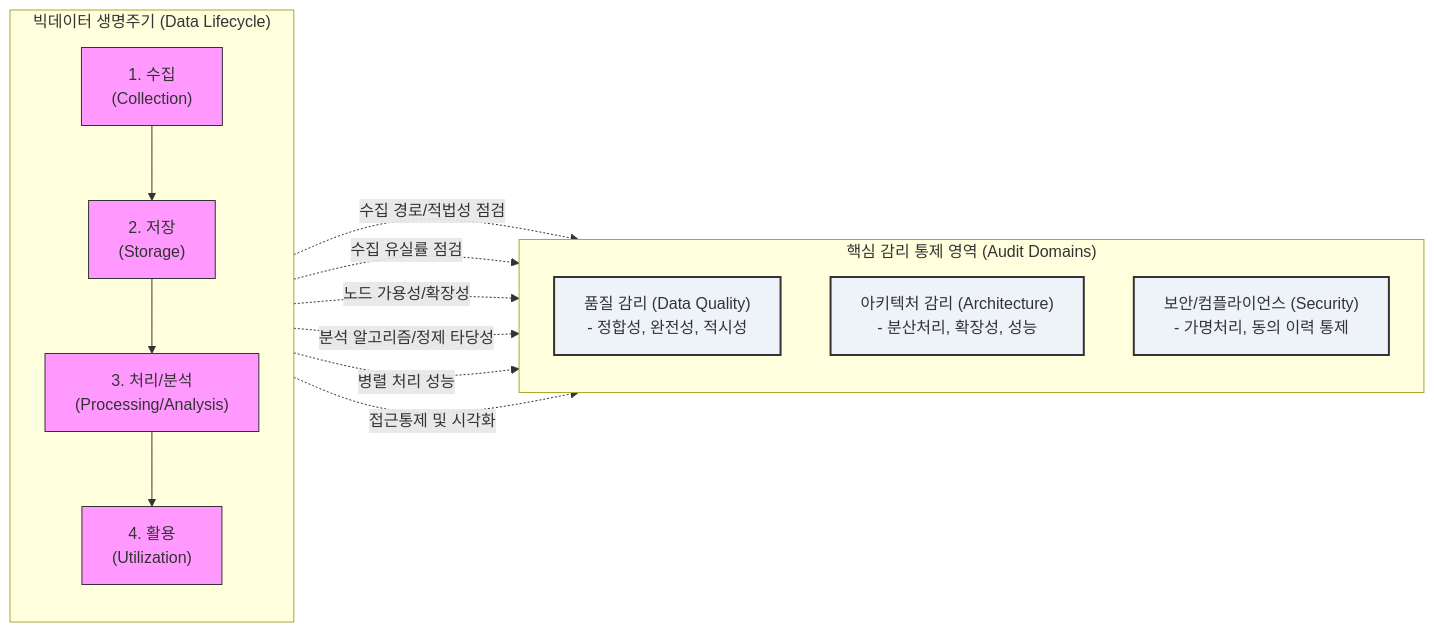
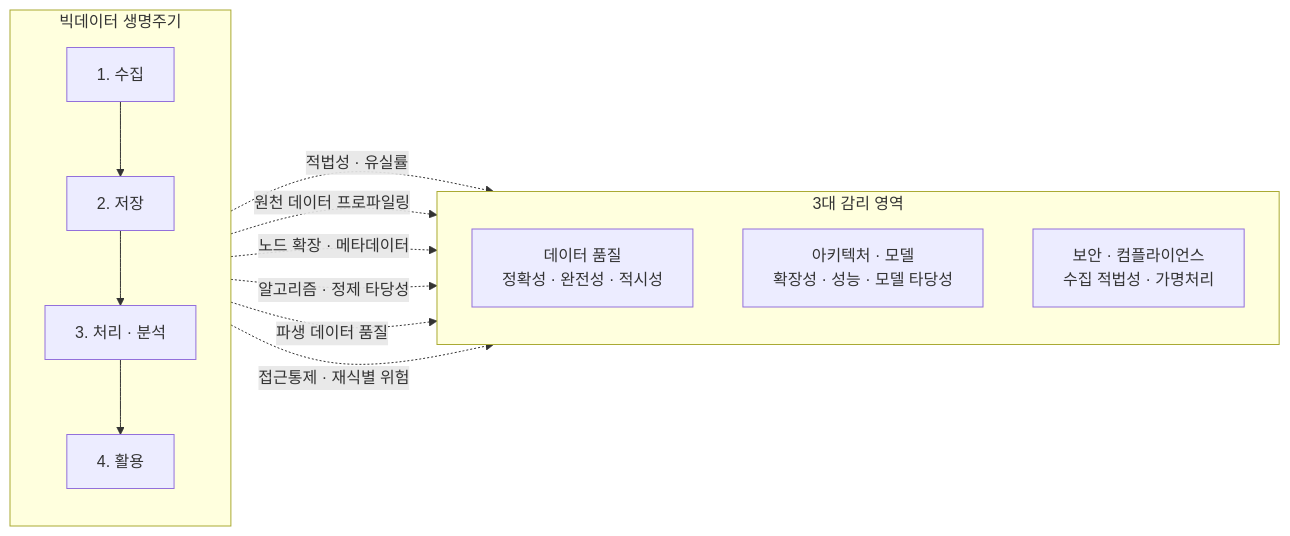
Before and after one commit to supremethumb/supremethumb.github.io: the diagram in content/01_IT Tech/빅데이터 감리.md, drawn with Mermaid. The commit also changed other lines of this file and 1087 other files, not shown here.

````diff
--- a/content/01_IT Tech/빅데이터 감리.md
+++ b/content/01_IT Tech/빅데이터 감리.md
@@ -27,32 +35,19 @@
 ```mermaid
 flowchart LR
-    subgraph "빅데이터 생명주기 (Data Lifecycle)"
+    subgraph LC["빅데이터 생명주기"]
         direction TB
-        C["1. 수집<br/>(Collection)"] --> S["2. 저장<br/>(Storage)"]
-        S --> P["3. 처리/분석<br/>(Processing/Analysis)"]
-        P --> U["4. 활용<br/>(Utilization)"]
+        C["1. 수집"] --> S["2. 저장"] --> P["3. 처리 · 분석"] --> U["4. 활용"]
     end
-
-    subgraph "핵심 감리 통제 영역 (Audit Domains)"
+    subgraph AD["3대 감리 영역"]
         direction TB
-        Q["품질 감리 (Data Quality)<br/>- 정합성, 완전성, 적시성"]
-        A["아키텍처 감리 (Architecture)<br/>- 분산처리, 확장성, 성능"]
-        SEC["보안/컴플라이언스 (Security)<br/>- 가명처리, 동의 이력 통제"]
+        Q["데이터 품질<br/>정확성 · 완전성 · 적시성"]
+        A["아키텍처 · 모델<br/>확장성 · 성능 · 모델 타당성"]
+        SEC["보안 · 컴플라이언스<br/>수집 적법성 · 가명처리"]
     end
-
-    C -. "수집 경로/적법성 점검" .-> SEC
-    C -. "수집 유실률 점검" .-> Q
-    S -. "노드 가용성/확장성" .-> A
-    P -. "분석 알고리즘/정제 타당성" .-> Q
-    P -. "병렬 처리 성능" .-> A
-    U -. "접근통제 및 시각화" .-> SEC
-
-    style C fill:#f9f,stroke:#333,stroke-width:1px
-    style S fill:#f9f,stroke:#333,stroke-width:1px
-    style P fill:#f9f,stroke:#333,stroke-width:1px
-    style U fill:#f9f,stroke:#333,stroke-width:1px
-    style Q fill:#eef2f9,stroke:#333,stroke-width:2px
-    style A fill:#eef2f9,stroke:#333,stroke-width:2px
-    style SEC fill:#eef2f9,stroke:#333,stroke-width:2px
-
+    C -. "적법성 · 유실률" .-> SEC
+    C -. "원천 데이터 프로파일링" .-> Q
+    S -. "노드 확장 · 메타데이터" .-> A
+    P -. "알고리즘 · 정제 타당성" .-> A
+    P -. "파생 데이터 품질" .-> Q
+    U -. "접근통제 · 재식별 위험" .-> SEC
 ```
````
